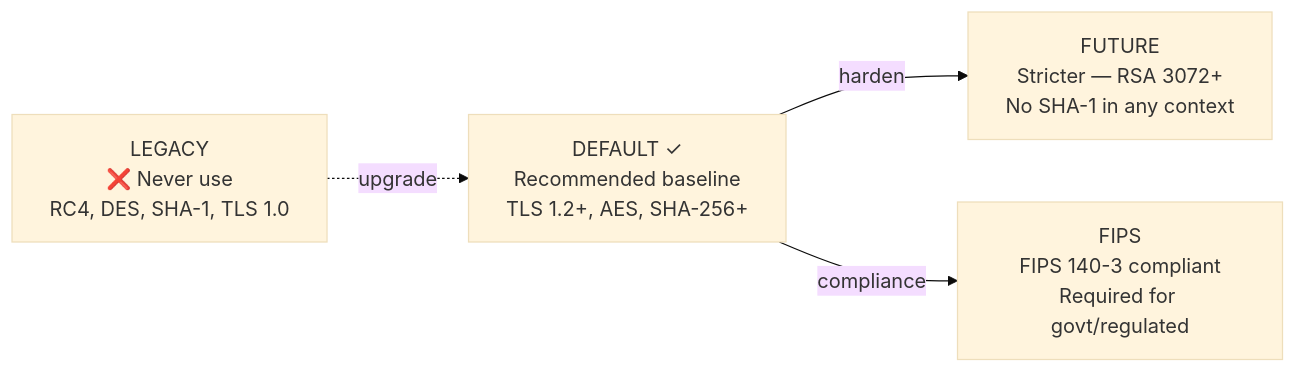
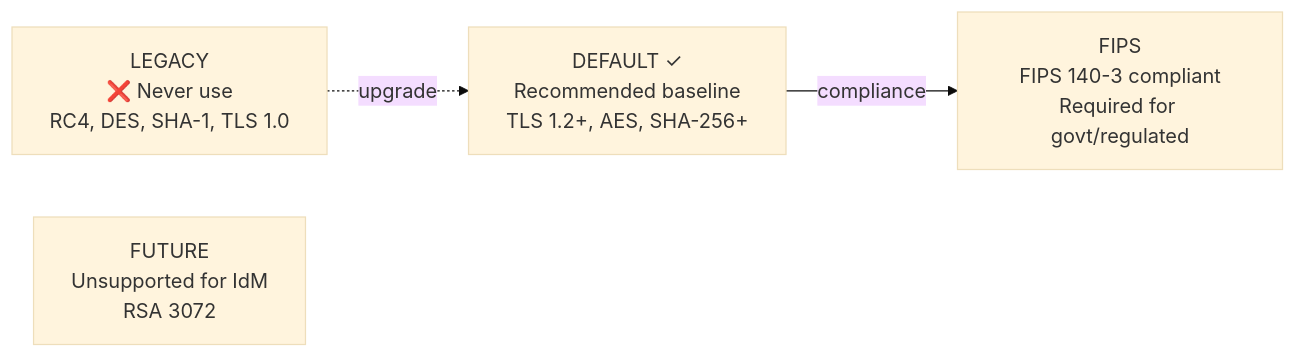
One commit to UncleJS/course_FreeIPA changed the second of 9 diagrams in 13_security_hardening.md. Above: the diagram before and after it, drawn with Mermaid (base theme). The commit also changed other lines of this file and 24 other files, not shown here.

````diff
--- a/13_security_hardening.md
+++ b/13_security_hardening.md
@@ -98,11 +98,10 @@
 ```mermaid
 graph LR
     LEGACY["LEGACY<br/>❌ Never use<br/>RC4, DES, SHA-1, TLS 1.0"]
     DEFAULT["DEFAULT ✓<br/>Recommended baseline<br/>TLS 1.2+, AES, SHA-256+"]
-    FUTURE["FUTURE<br/>Stricter — RSA 3072+<br/>No SHA-1 in any context"]
+    FUTURE["FUTURE<br/>Unsupported for IdM<br/>RSA 3072"]
     FIPS["FIPS<br/>FIPS 140-3 compliant<br/>Required for govt/regulated"]
 
     LEGACY -.->|upgrade| DEFAULT
-    DEFAULT -->|harden| FUTURE
     DEFAULT -->|compliance| FIPS
 ```
````
